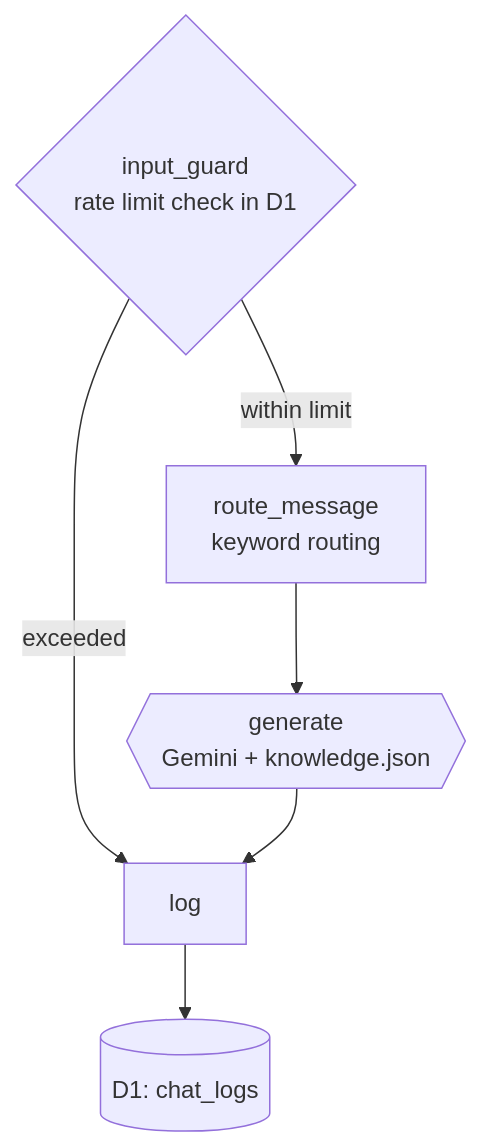
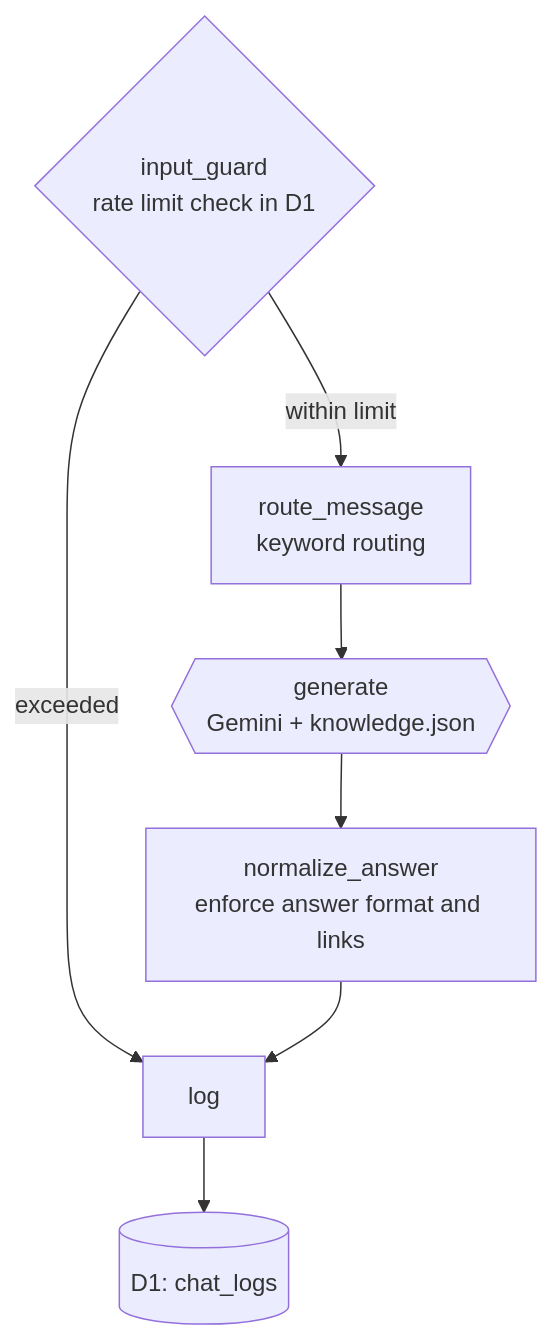
The first of 2 diagrams in README.en.md (yktsnet/folio-agent), drawn with Mermaid before and after one commit. The commit also changed other lines of this file and 15 other files, not shown here.

First line of the commit message:
refactor(handler): 回答の形式を「頼む」側と「保証する」側に分け、生成の後ろに normalize_answer を置く (#61)

````diff
--- a/README.en.md
+++ b/README.en.md
@@ -39,9 +39,10 @@
 ```mermaid
 flowchart TD
     Guard{"input_guard<br/>rate limit check in D1"}
     Guard -->|"within limit"| Route["route_message<br/>keyword routing"]
     Guard -->|"exceeded"| Log["log"]
     Route --> Generate{{"generate<br/>Gemini + knowledge.json"}}
-    Generate --> Log
+    Generate --> Normalize["normalize_answer<br/>enforce answer format and links"]
+    Normalize --> Log
     Log --> D1[("D1: chat_logs")]
 ```
````
